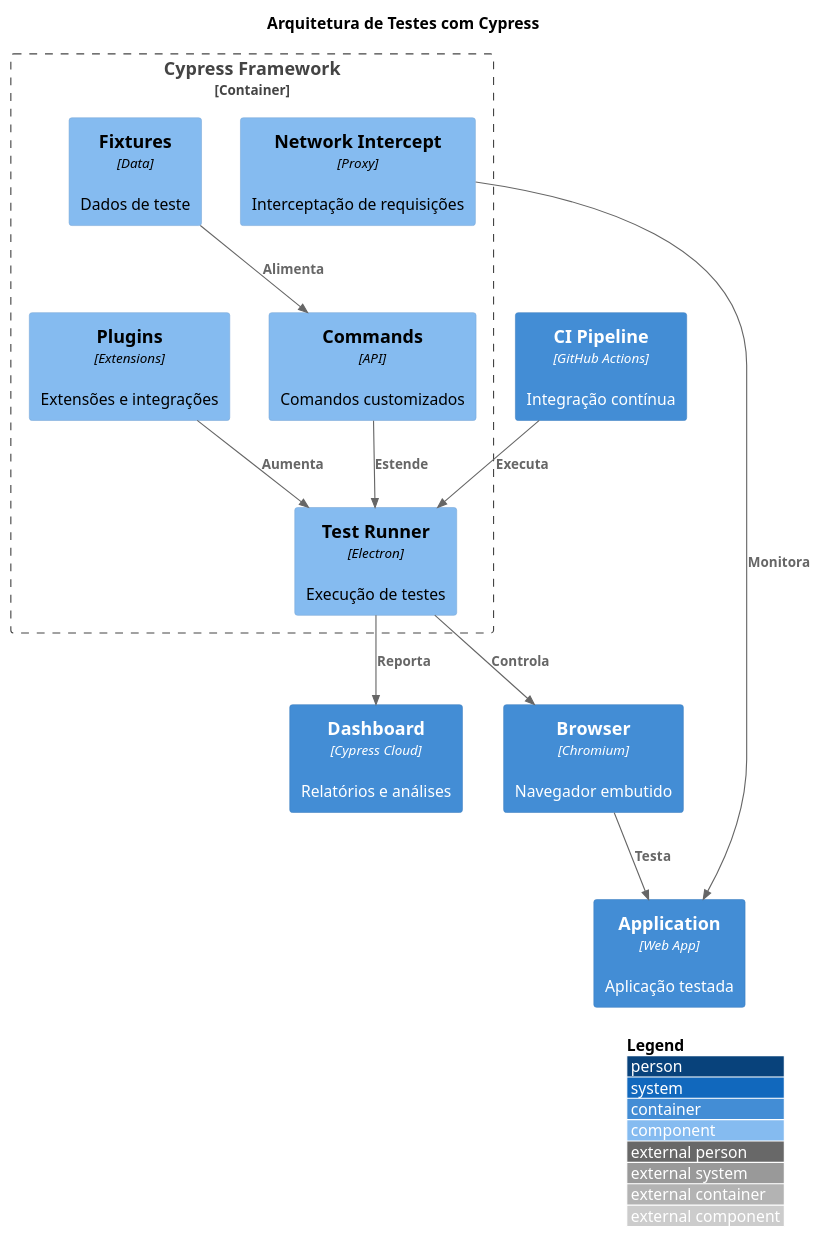
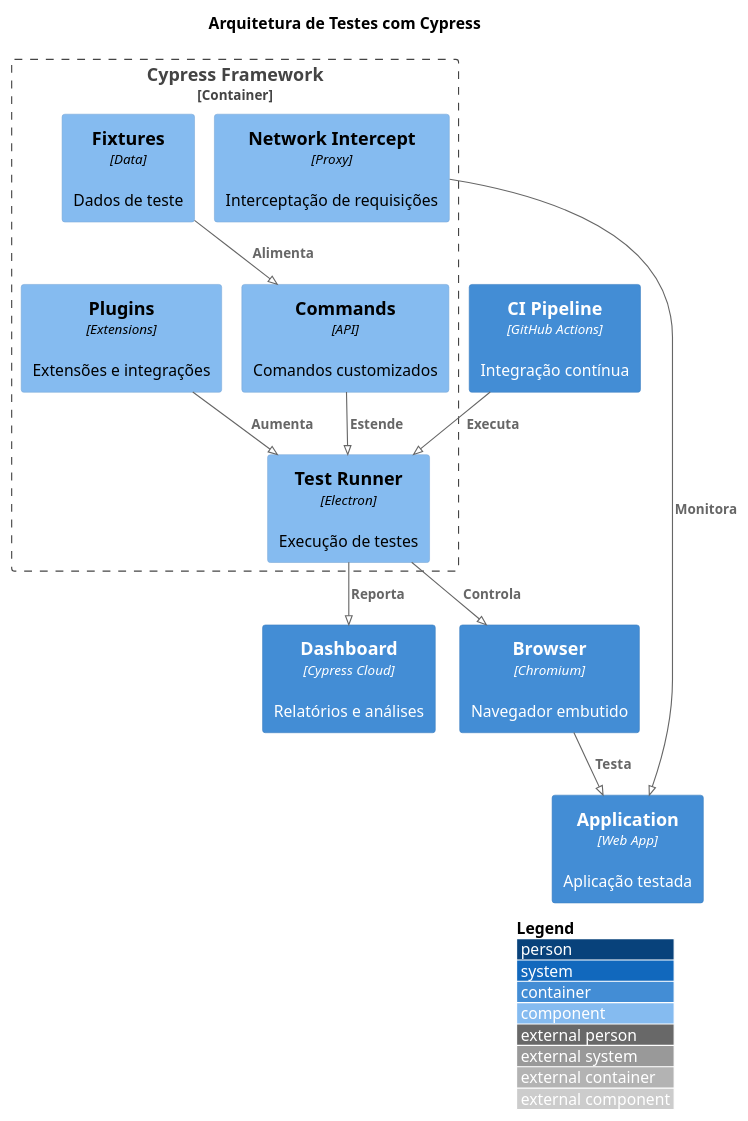
Before and after one commit to tiagonpsilva/architecture-decision-records: the diagram in diagrams/adr-051-cypress-tests.puml, drawn with PlantUML. The commit also changed 6 other files, not shown here.

Commit message:
fix: corrige versão do PlantUML para 1.2023.7 nos diagramas ADR-049 a ADR-055

```diff
--- a/diagrams/adr-051-cypress-tests.puml
+++ b/diagrams/adr-051-cypress-tests.puml
@@ -1,31 +1,34 @@
-@startuml Cypress Tests
+@startuml
+!pragma layout smetana
+' version 1.2023.7
+!include C4_Container.puml
 
 !include https://raw.githubusercontent.com/plantuml-stdlib/C4-PlantUML/master/C4_Component.puml
 
 LAYOUT_WITH_LEGEND()
 
 title Arquitetura de Testes com Cypress
 
 Container_Boundary(cypress, "Cypress Framework") {
     Component(runner, "Test Runner", "Electron", "Execução de testes")
     Component(commands, "Commands", "API", "Comandos customizados")
     Component(intercept, "Network Intercept", "Proxy", "Interceptação de requisições")
     Component(fixtures, "Fixtures", "Data", "Dados de teste")
     Component(plugins, "Plugins", "Extensions", "Extensões e integrações")
 }
 
 Container(browser, "Browser", "Chromium", "Navegador embutido")
 Container(app, "Application", "Web App", "Aplicação testada")
 Container(ci, "CI Pipeline", "GitHub Actions", "Integração contínua")
 Container(dashboard, "Dashboard", "Cypress Cloud", "Relatórios e análises")
 
 Rel(runner, browser, "Controla")
 Rel(browser, app, "Testa")
 Rel(commands, runner, "Estende")
 Rel(intercept, app, "Monitora")
 Rel(fixtures, commands, "Alimenta")
 Rel(plugins, runner, "Aumenta")
 Rel(ci, runner, "Executa")
 Rel(runner, dashboard, "Reporta")
 
 @enduml 
```
